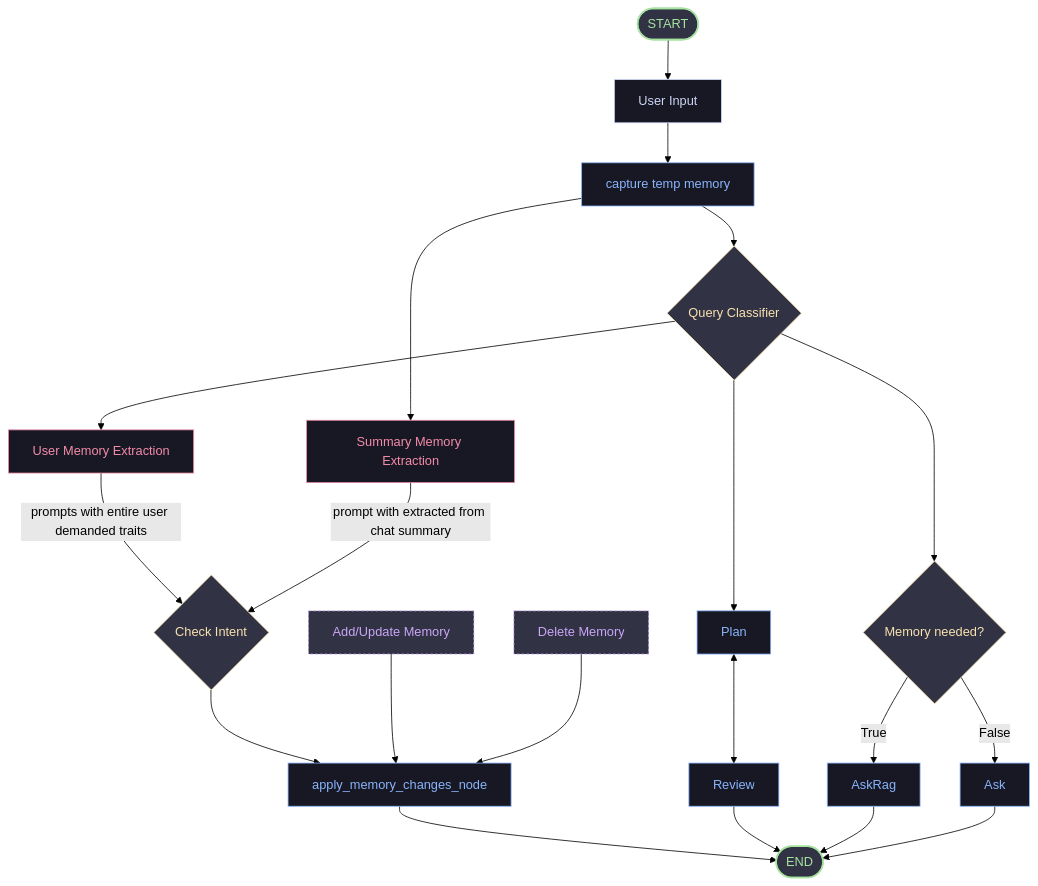
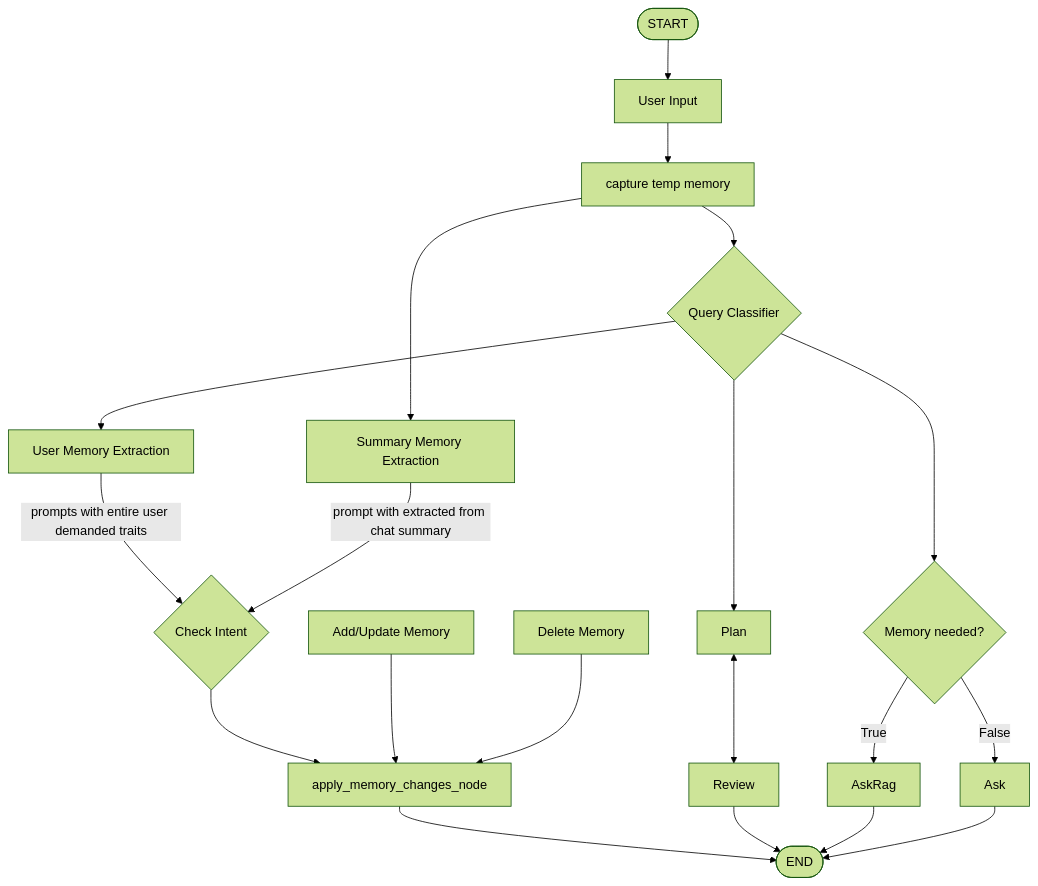
One commit to Somay-kousis/Co-Founder-Memory changed the first of 3 diagrams in README.md. Above: the diagram before and after it, drawn with Mermaid (forest theme). The commit also changed other lines of this file, not shown here.

Commit message:
README: plain Mermaid diagrams, stack badges

````diff
--- a/README.md
+++ b/README.md
@@ -56,39 +57,31 @@
 ```mermaid
 flowchart TD
-    %% Styling classes
-    classDef default fill:#181825,stroke:#cdd6f4,stroke-width:1px,color:#cdd6f4;
-    classDef startEnd fill:#313244,stroke:#a6e3a1,stroke-width:2px,color:#a6e3a1;
-    classDef decisionNode fill:#313244,stroke:#f9e2af,stroke-width:1px,color:#f9e2af;
-    classDef actionNode fill:#181825,stroke:#89b4fa,stroke-width:1px,color:#89b4fa;
-    classDef memoryNode fill:#181825,stroke:#f38ba8,stroke-width:1px,color:#f38ba8;
-    classDef noteNode fill:#313244,stroke:#cba6f7,stroke-width:1px,stroke-dasharray: 3 3,color:#cba6f7;
-
-    START([START]):::startEnd --> UserInput[User Input]
-    UserInput --> CaptureTemp[capture temp memory]:::actionNode
-    CaptureTemp --> QueryClassifier{Query Classifier}:::decisionNode
+    START([START]) --> UserInput[User Input]
+    UserInput --> CaptureTemp[capture temp memory]
+    CaptureTemp --> QueryClassifier{Query Classifier}
 
     %% Memory Extraction Track
-    QueryClassifier --> UserMemExtract[User Memory Extraction]:::memoryNode
-    UserMemExtract -- "prompts with entire user demanded traits" --> CheckIntent{Check Intent}:::decisionNode
+    QueryClassifier --> UserMemExtract[User Memory Extraction]
+    UserMemExtract -- "prompts with entire user demanded traits" --> CheckIntent{Check Intent}
     
-    CaptureTemp --> SummaryMemExtract[Summary Memory Extraction]:::memoryNode
+    CaptureTemp --> SummaryMemExtract[Summary Memory Extraction]
     SummaryMemExtract -- "prompt with extracted from chat summary" --> CheckIntent
     
-    CheckIntent --> ApplyChanges[apply_memory_changes_node]:::actionNode
-    AddUpdate[Add/Update Memory]:::noteNode --> ApplyChanges
-    DeleteMem[Delete Memory]:::noteNode --> ApplyChanges
-    ApplyChanges --> END([END]):::startEnd
+    CheckIntent --> ApplyChanges[apply_memory_changes_node]
+    AddUpdate[Add/Update Memory] --> ApplyChanges
+    DeleteMem[Delete Memory] --> ApplyChanges
+    ApplyChanges --> END([END])
 
     %% Plan Review Track
-    QueryClassifier --> Plan[Plan]:::actionNode
-    Plan <--> ReviewPlan[Review]:::actionNode
+    QueryClassifier --> Plan[Plan]
+    Plan <--> ReviewPlan[Review]
     ReviewPlan --> END
 
     %% Retrieval / Chat Track
-    QueryClassifier --> AskDecision{Memory needed?}:::decisionNode
-    AskDecision -- "True" --> AskRag[AskRag]:::actionNode
-    AskDecision -- "False" --> Ask[Ask]:::actionNode
+    QueryClassifier --> AskDecision{Memory needed?}
+    AskDecision -- "True" --> AskRag[AskRag]
+    AskDecision -- "False" --> Ask[Ask]
     
     AskRag --> END
     Ask --> END
 ```
````
